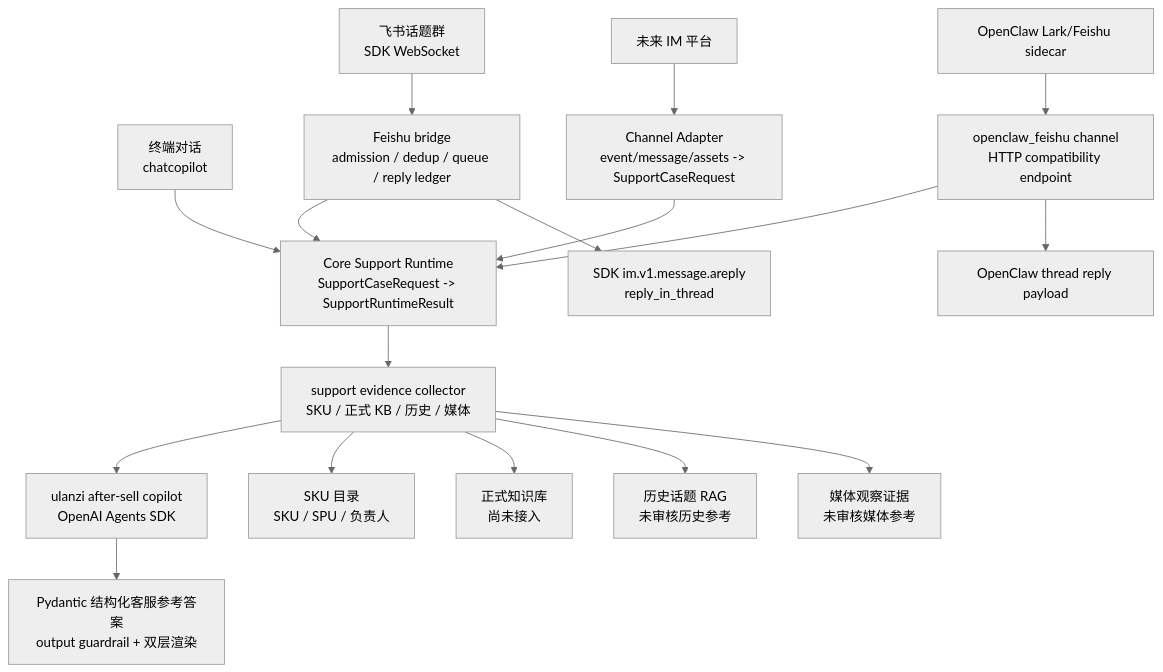
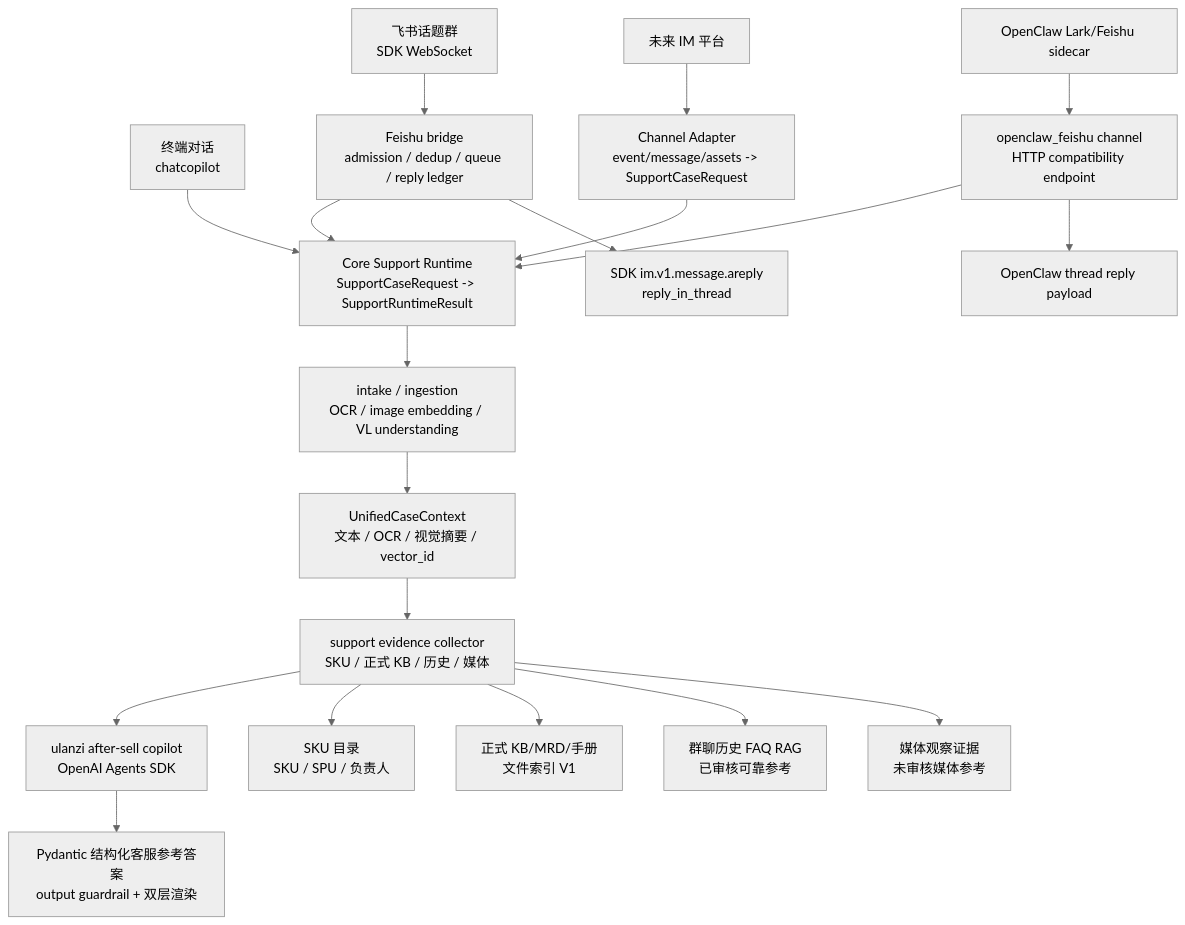
Before and after one commit to ccchenhuohuo/after-sale-ai-agent: the diagram in README.md, drawn with Mermaid (neutral theme). The commit also changed other lines of this file and 51 other files, not shown here.

````diff
--- a/README.md
+++ b/README.md
@@ -9,20 +9,22 @@
 ```mermaid
 flowchart TB
     cli["终端对话<br/>chatcopilot"]
     feishu["飞书话题群<br/>SDK WebSocket"] --> bridge["Feishu bridge<br/>admission / dedup / queue / reply ledger"]
     openclaw["OpenClaw Lark/Feishu sidecar"] --> openclaw_channel["openclaw_feishu channel<br/>HTTP compatibility endpoint"]
     future_im["未来 IM 平台"] --> channel["Channel Adapter<br/>event/message/assets -> SupportCaseRequest"]
     cli --> intake["Core Support Runtime<br/>SupportCaseRequest -> SupportRuntimeResult"]
     bridge --> intake
     openclaw_channel --> intake
     channel --> intake
-    intake --> evidence["support evidence collector<br/>SKU / 正式 KB / 历史 / 媒体"]
+    intake --> ingestion["intake / ingestion<br/>OCR / image embedding / VL understanding"]
+    ingestion --> context["UnifiedCaseContext<br/>文本 / OCR / 视觉摘要 / vector_id"]
+    context --> evidence["support evidence collector<br/>SKU / 正式 KB / 历史 / 媒体"]
     evidence --> agent["ulanzi after-sell copilot<br/>OpenAI Agents SDK"]
     bridge --> reply["SDK im.v1.message.areply<br/>reply_in_thread"]
     openclaw_channel --> openclaw_reply["OpenClaw thread reply payload"]
     evidence --> sku["SKU 目录<br/>SKU / SPU / 负责人"]
-    evidence --> official["正式知识库<br/>尚未接入"]
-    evidence --> history["历史话题 RAG<br/>未审核历史参考"]
+    evidence --> official["正式 KB/MRD/手册<br/>文件索引 V1"]
+    evidence --> history["群聊历史 FAQ RAG<br/>已审核可靠参考"]
     evidence --> media["媒体观察证据<br/>未审核媒体参考"]
     agent --> answer["Pydantic 结构化客服参考答案<br/>output guardrail + 双层渲染"]
 ```
````
